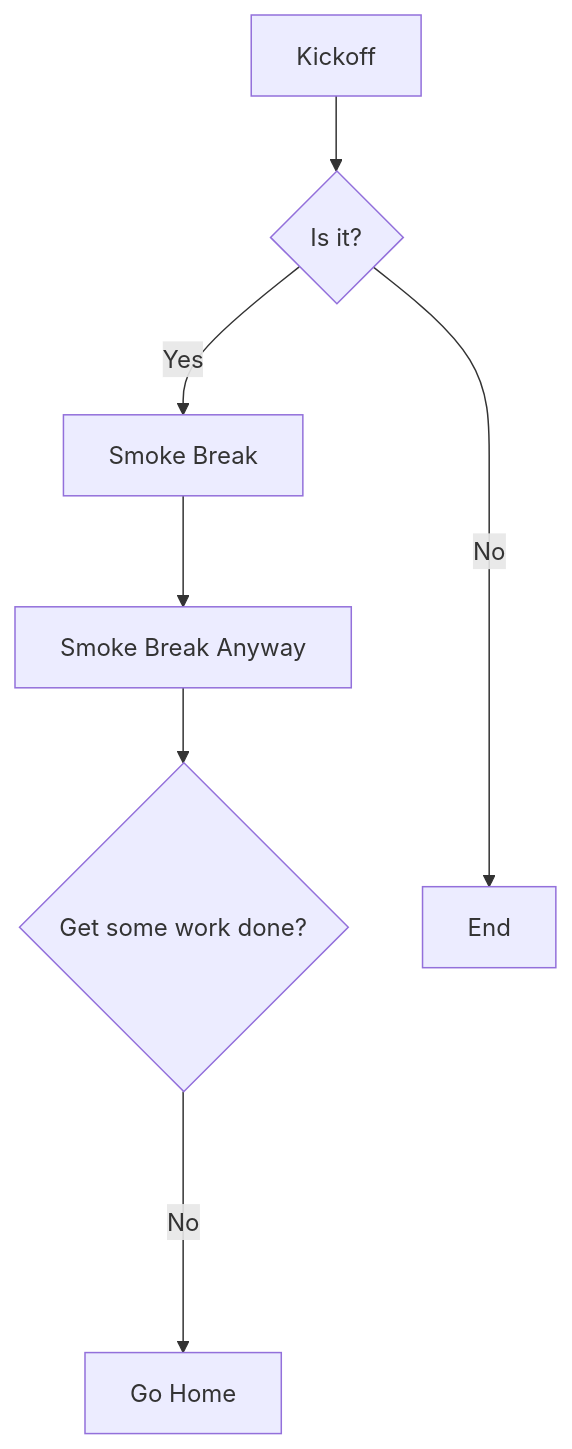
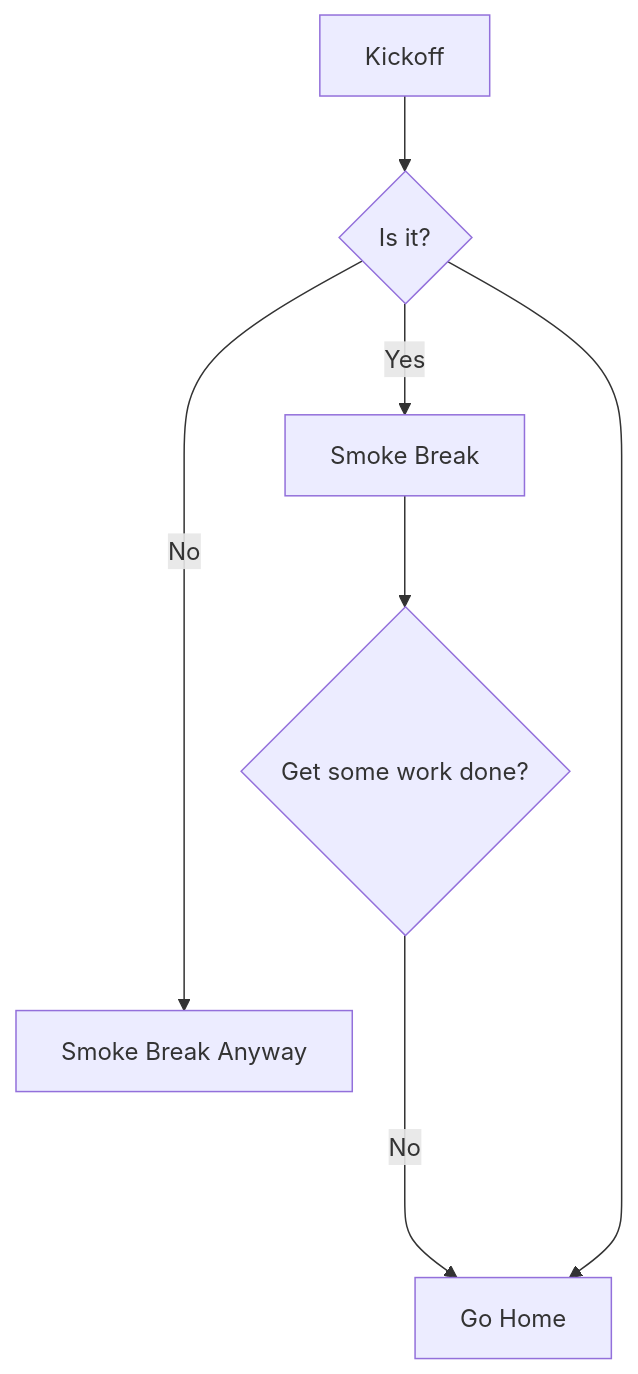
Before and after one commit to EricTelekom/EricTelekom: the third of 3 diagrams in README.md, drawn with Mermaid.

````diff
--- a/README.md
+++ b/README.md
@@ -40,9 +40,9 @@
 ```mermaid
 flowchart TD
     A[Kickoff] --> B{Is it?}
     B -->|Yes| C[Smoke Break]
-    C --> D[Smoke Break Anyway]
-    D --> E{Get some work done?}
-    E ---->|No| F[Go Home]
-    B ---->|No| G[End]
+    C --> D{Get some work done?}
+    D ---->|No| E[Go Home]
+    B ---->|No| F[Smoke Break Anyway]
+    B --> E
 ```
````
